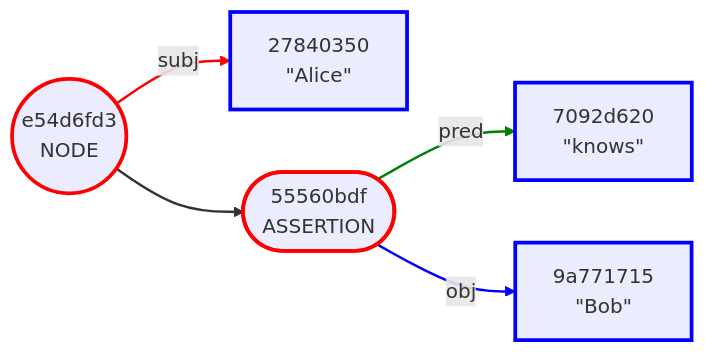
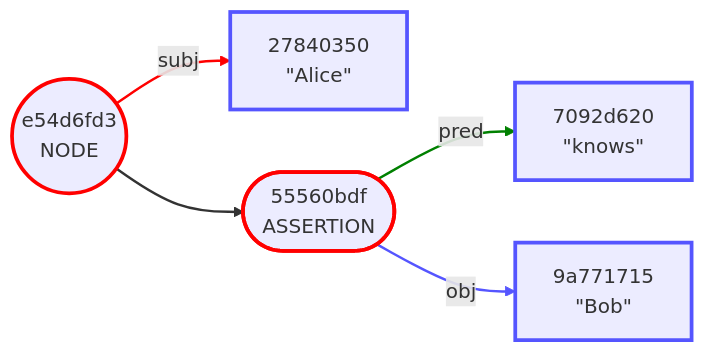
Before and after one commit to BlockchainCommons/envelope-cli-swift: the diagram in Docs/1-OVERVIEW.md, drawn with Mermaid. The commit also changed 1 other file, not shown here.

Commit message:
Aligned with dependencies.

````diff
--- a/Docs/1-OVERVIEW.md
+++ b/Docs/1-OVERVIEW.md
@@ -119,21 +119,21 @@
 ```mermaid
 graph LR
     1(("e54d6fd3<br/>NODE"))
     2["27840350<br/>#quot;Alice#quot;"]
     3(["55560bdf<br/>ASSERTION"])
     4["7092d620<br/>#quot;knows#quot;"]
     5["9a771715<br/>#quot;Bob#quot;"]
     1 -->|subj| 2
     1 --> 3
     3 -->|pred| 4
     3 -->|obj| 5
     style 1 stroke:red,stroke-width:3.0px
-    style 2 stroke:blue,stroke-width:3.0px
+    style 2 stroke:#55f,stroke-width:3.0px
     style 3 stroke:red,stroke-width:3.0px
-    style 4 stroke:blue,stroke-width:3.0px
-    style 5 stroke:blue,stroke-width:3.0px
+    style 4 stroke:#55f,stroke-width:3.0px
+    style 5 stroke:#55f,stroke-width:3.0px
     linkStyle 0 stroke:red,stroke-width:2.0px
     linkStyle 1 stroke-width:2.0px
     linkStyle 2 stroke:green,stroke-width:2.0px
-    linkStyle 3 stroke:blue,stroke-width:2.0px
+    linkStyle 3 stroke:#55f,stroke-width:2.0px
 ```
````
